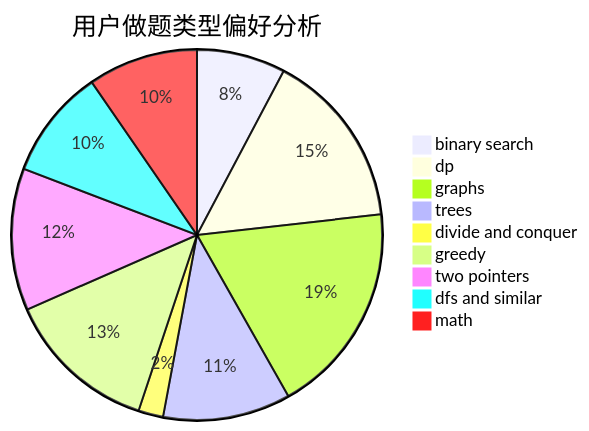
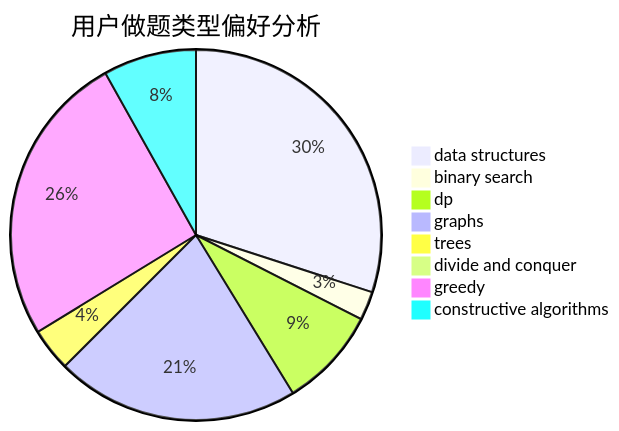
Before and after one commit to sherpahu/cfrs.github.io: the second of 3 diagrams in docs/user/u417.md, drawn with Mermaid. The commit also changed other lines of this file and 2775 other files, not shown here.

````diff
--- a/docs/user/u417.md
+++ b/docs/user/u417.md
@@ -23,12 +23,11 @@
 ```mermaid
 pie title 用户做题类型偏好分析
-    "binary search" :  25
-    "dp" :  50
-    "graphs" :  60
-    "trees" :  36
-    "divide and conquer" :  7
-    "greedy" :  43
-    "two pointers" :  40
-    "dfs and similar" :  31
-    "math" :  31
+    "data structures" :  48
+    "binary search" :  4
+    "dp" :  14
+    "graphs" :  34
+    "trees" :  6
+    "divide and conquer" :  0
+    "greedy" :  41
+    "constructive algorithms" :  13
 ```
````
